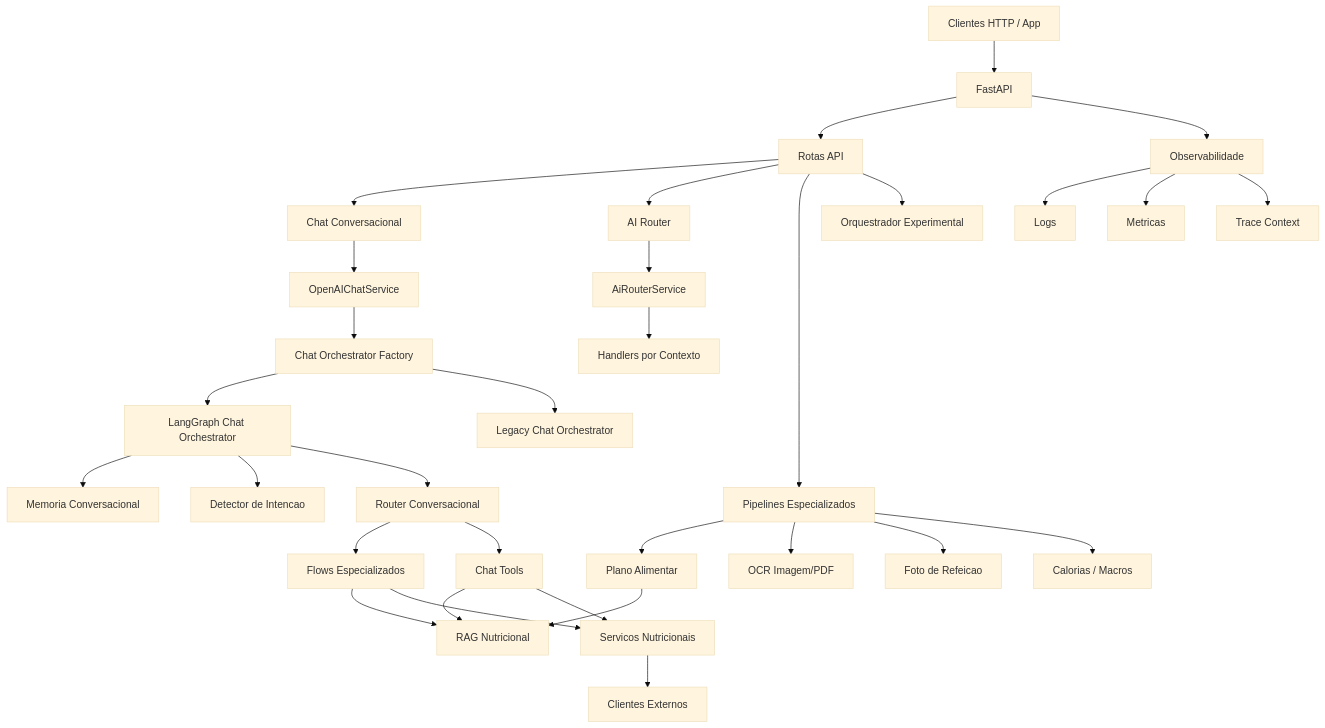
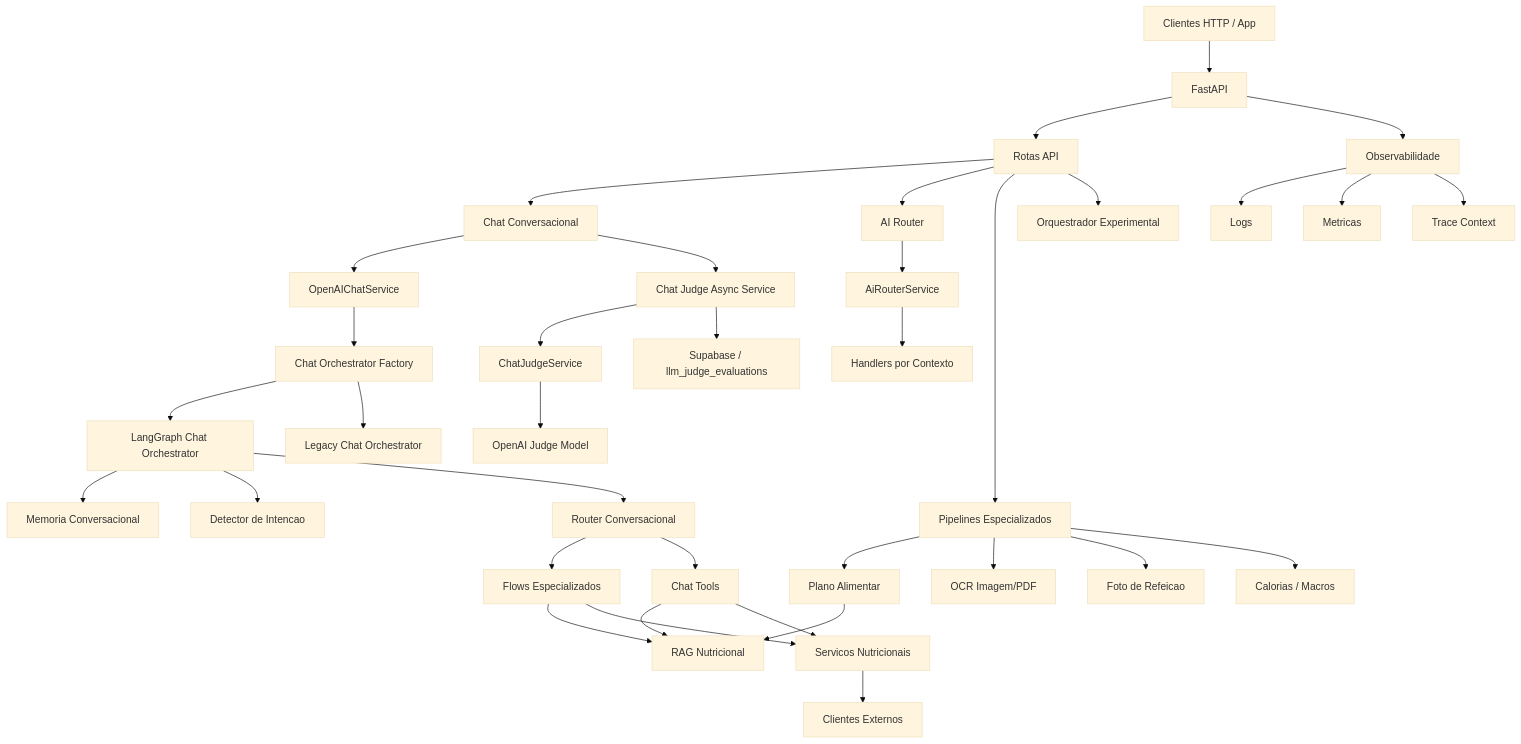
One commit to Boddenberg/vidasync-multiagents-ia changed the first of 7 diagrams in README.md. Above: the diagram before and after it, drawn with Mermaid (base theme). The commit also changed other lines of this file, not shown here.

Commit message:
Expand README with chat and judge architecture

````diff
--- a/README.md
+++ b/README.md
@@ -77,39 +110,43 @@
 ```mermaid
 flowchart TD
     A["Clientes HTTP / App"] --> B["FastAPI"]
     B --> C["Rotas API"]
     C --> D["Chat Conversacional"]
     C --> E["AI Router"]
     C --> F["Pipelines Especializados"]
     C --> G["Orquestrador Experimental"]
 
     D --> H["OpenAIChatService"]
     H --> I["Chat Orchestrator Factory"]
     I --> J["LangGraph Chat Orchestrator"]
     I --> K["Legacy Chat Orchestrator"]
     J --> L["Memoria Conversacional"]
     J --> M["Detector de Intencao"]
     J --> N["Router Conversacional"]
     N --> O["Flows Especializados"]
     N --> P["Chat Tools"]
     P --> Q["RAG Nutricional"]
     P --> R["Servicos Nutricionais"]
 
     E --> S["AiRouterService"]
     S --> T["Handlers por Contexto"]
 
     F --> U["Plano Alimentar"]
     F --> V["OCR Imagem/PDF"]
     F --> W["Foto de Refeicao"]
     F --> X["Calorias / Macros"]
 
     O --> Q
     O --> R
     U --> Q
     R --> Y["Clientes Externos"]
+    D --> AD["Chat Judge Async Service"]
+    AD --> AE["ChatJudgeService"]
+    AE --> AF["OpenAI Judge Model"]
+    AD --> AG["Supabase / llm_judge_evaluations"]
 
     B --> Z["Observabilidade"]
     Z --> AA["Logs"]
     Z --> AB["Metricas"]
     Z --> AC["Trace Context"]
 ```
````
